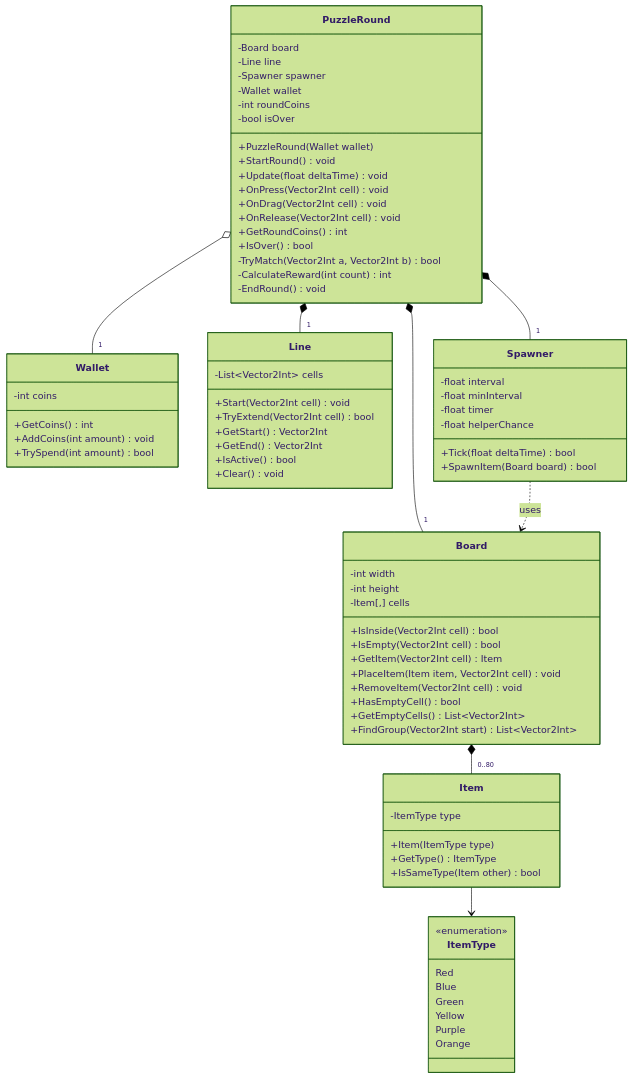
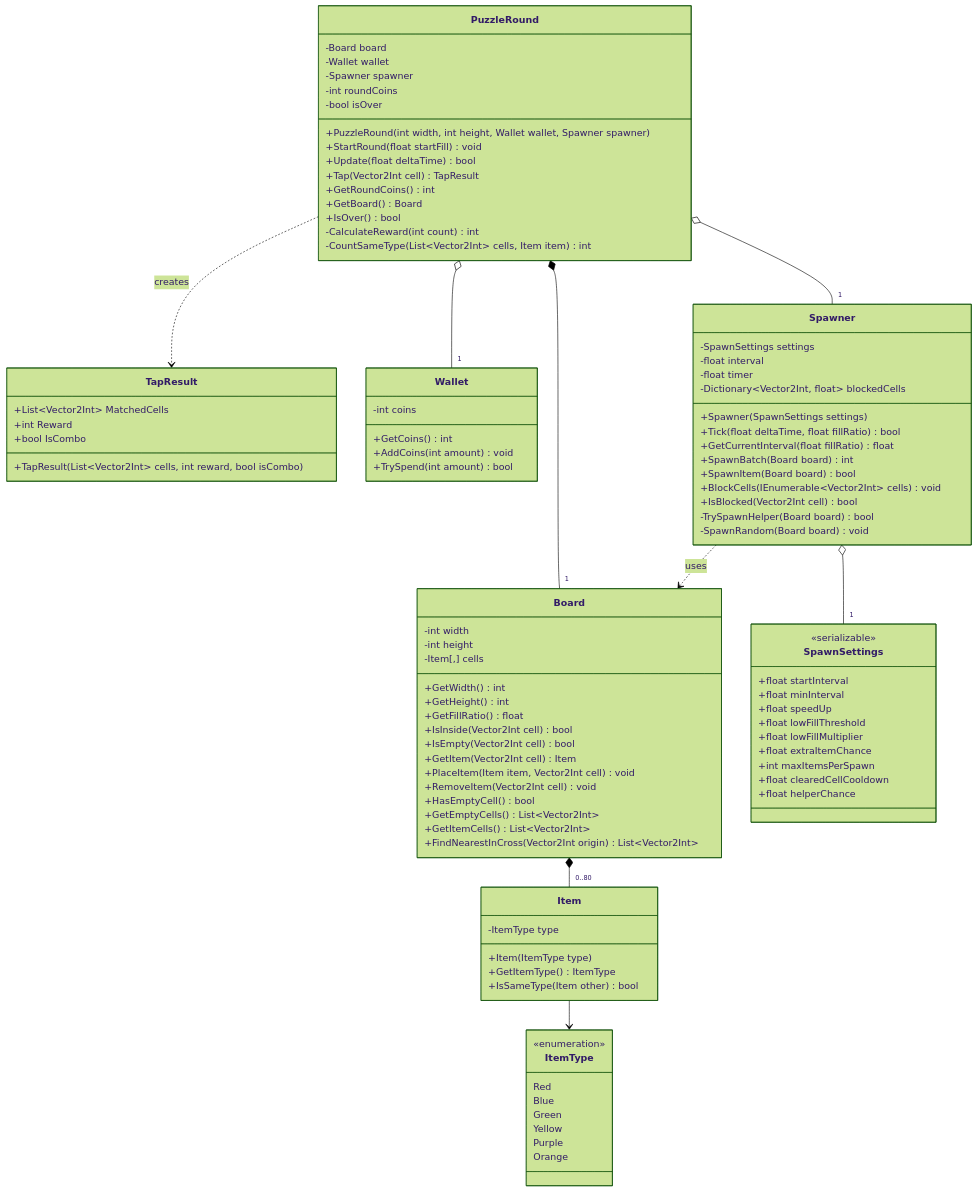
Before and after one commit to meetzhukova/room-up: the diagram in docs/class-diagram.md, drawn with Mermaid (forest theme). The commit also changed other lines of this file and 7 other files, not shown here.

Commit message:
docs: update GDD and diagrams for v0.2 (#47)

````diff
--- a/docs/class-diagram.md
+++ b/docs/class-diagram.md
@@ -80,22 +91,26 @@
 
     class PuzzleRound {
         -Board board
-        -Line line
+        -Wallet wallet
         -Spawner spawner
-        -Wallet wallet
         -int roundCoins
         -bool isOver
-        +PuzzleRound(Wallet wallet)
-        +StartRound() void
-        +Update(float deltaTime) void
-        +OnPress(Vector2Int cell) void
-        +OnDrag(Vector2Int cell) void
-        +OnRelease(Vector2Int cell) void
+        +PuzzleRound(int width, int height, Wallet wallet, Spawner spawner)
+        +StartRound(float startFill) void
+        +Update(float deltaTime) bool
+        +Tap(Vector2Int cell) TapResult
         +GetRoundCoins() int
+        +GetBoard() Board
         +IsOver() bool
-        -TryMatch(Vector2Int a, Vector2Int b) bool
         -CalculateReward(int count) int
-        -EndRound() void
+        -CountSameType(List~Vector2Int~ cells, Item item) int
+    }
+
+    class TapResult {
+        +List~Vector2Int~ MatchedCells
+        +int Reward
+        +bool IsCombo
+        +TapResult(List~Vector2Int~ cells, int reward, bool isCombo)
     }
 
     class Wallet {
@@ -109,6 +124,9 @@
         -int width
         -int height
         -Item[,] cells
+        +GetWidth() int
+        +GetHeight() int
+        +GetFillRatio() float
         +IsInside(Vector2Int cell) bool
         +IsEmpty(Vector2Int cell) bool
         +GetItem(Vector2Int cell) Item
@@ -116,32 +134,43 @@
         +RemoveItem(Vector2Int cell) void
         +HasEmptyCell() bool
         +GetEmptyCells() List~Vector2Int~
-        +FindGroup(Vector2Int start) List~Vector2Int~
-    }
-
-    class Line {
-        -List~Vector2Int~ cells
-        +Start(Vector2Int cell) void
-        +TryExtend(Vector2Int cell) bool
-        +GetStart() Vector2Int
-        +GetEnd() Vector2Int
-        +IsActive() bool
-        +Clear() void
+        +GetItemCells() List~Vector2Int~
+        +FindNearestInCross(Vector2Int origin) List~Vector2Int~
     }
 
     class Spawner {
+        -SpawnSettings settings
         -float interval
-        -float minInterval
         -float timer
-        -float helperChance
-        +Tick(float deltaTime) bool
+        -Dictionary~Vector2Int, float~ blockedCells
+        +Spawner(SpawnSettings settings)
+        +Tick(float deltaTime, float fillRatio) bool
+        +GetCurrentInterval(float fillRatio) float
+        +SpawnBatch(Board board) int
         +SpawnItem(Board board) bool
+        +BlockCells(IEnumerable~Vector2Int~ cells) void
+        +IsBlocked(Vector2Int cell) bool
+        -TrySpawnHelper(Board board) bool
+        -SpawnRandom(Board board) void
+    }
+
+    class SpawnSettings {
+        <<serializable>>
+        +float startInterval
+        +float minInterval
+        +float speedUp
+        +float lowFillThreshold
+        +float lowFillMultiplier
+        +float extraItemChance
+        +int maxItemsPerSpawn
+        +float clearedCellCooldown
+        +float helperChance
     }
 
     class Item {
         -ItemType type
         +Item(ItemType type)
-        +GetType() ItemType
+        +GetItemType() ItemType
         +IsSameType(Item other) bool
     }
 
@@ -156,10 +185,11 @@
     }
 
     PuzzleRound *-- "1" Board
-    PuzzleRound *-- "1" Line
-    PuzzleRound *-- "1" Spawner
+    PuzzleRound o-- "1" Spawner
     PuzzleRound o-- "1" Wallet
+    PuzzleRound ..> TapResult : creates
+    Spawner o-- "1" SpawnSettings
+    Spawner ..> Board : uses
     Board *-- "0..80" Item
     Item --> ItemType
-    Spawner ..> Board : uses
 ```
````
